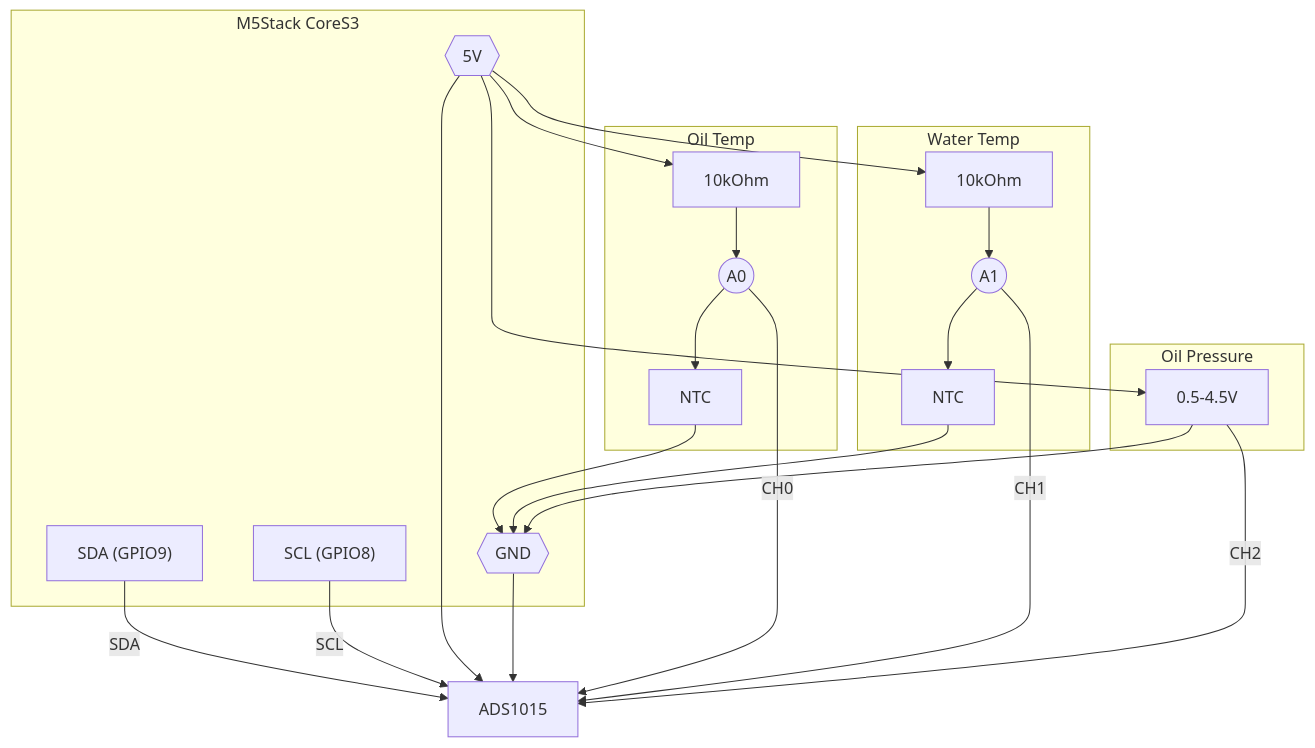
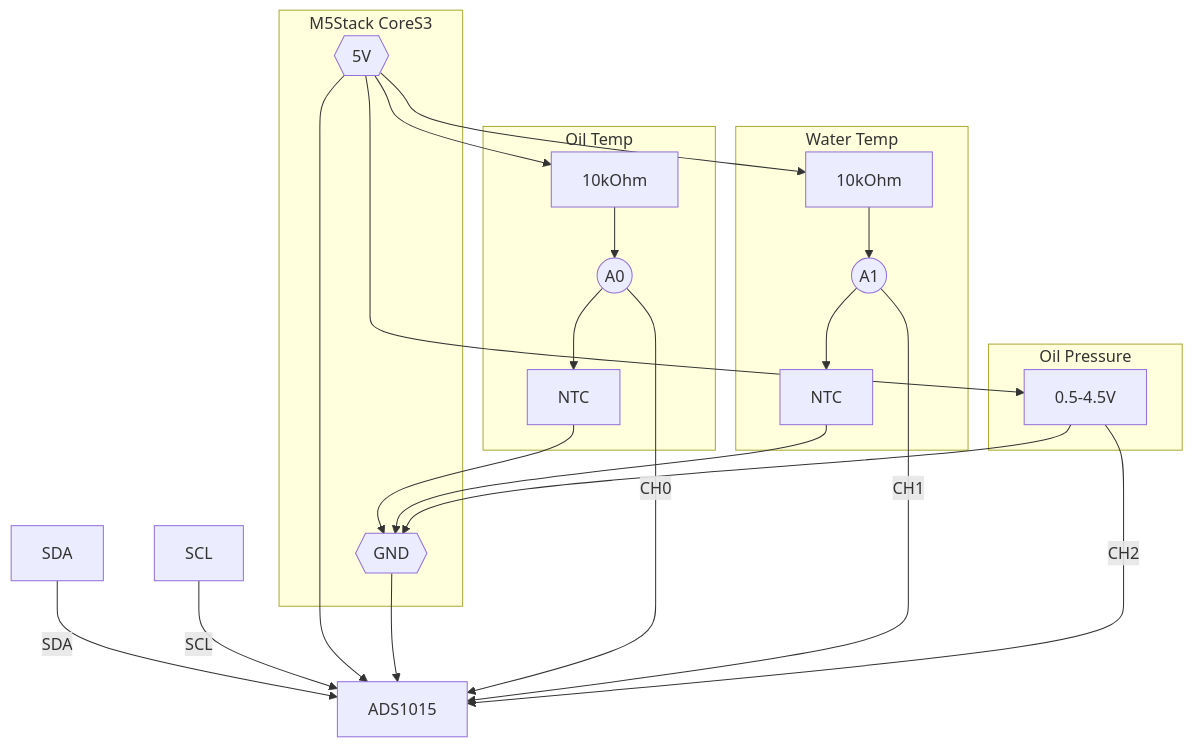
One commit to puriso/racing_guage changed the diagram in README.md. Above: the diagram before and after it, drawn with Mermaid.

````diff
--- a/README.md
+++ b/README.md
@@ -47,38 +47,36 @@
 ```mermaid
 graph TD
     subgraph "M5Stack CoreS3"
-        SDA["SDA (GPIO9)"]
-        SCL["SCL (GPIO8)"]
         V5{{5V}}
         GND{{GND}}
     end
 
     ADS[ADS1015]
 
     SDA -- SDA --> ADS
     SCL -- SCL --> ADS
     V5 --> ADS
     GND --> ADS
 
     subgraph "Oil Temp"
         R1[10kOhm]
         NTC1[NTC]
         V5 --> R1 --> AN0((A0))
         AN0 --> NTC1 --> GND
     end
     AN0 -- CH0 --> ADS
 
     subgraph "Water Temp"
         R2[10kOhm]
         NTC2[NTC]
         V5 --> R2 --> AN1((A1))
         AN1 --> NTC2 --> GND
     end
     AN1 -- CH1 --> ADS
 
     subgraph "Oil Pressure"
         OilP["0.5-4.5V"]
         V5 --> OilP --> GND
     end
     OilP -- CH2 --> ADS
 ```
````
